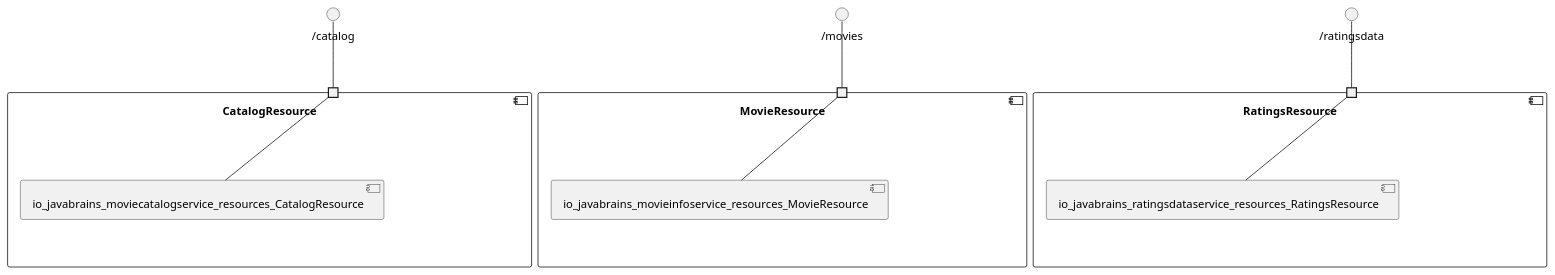
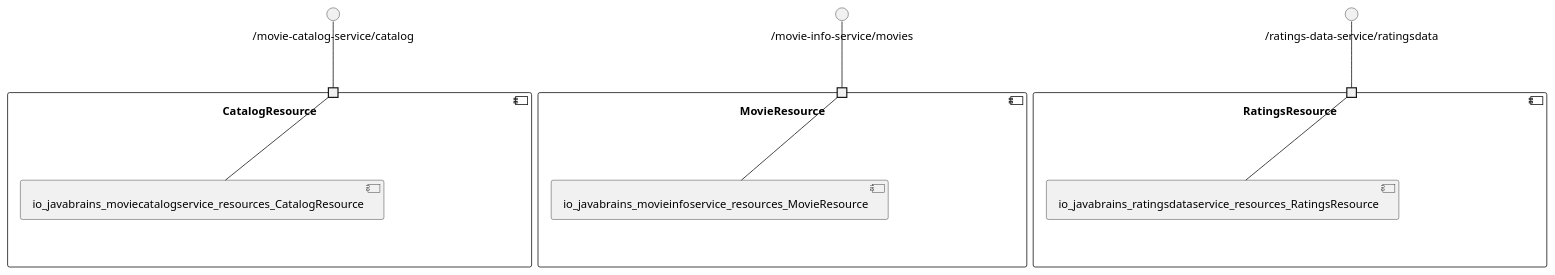
One commit to View-Based-Reverse-Engineering/Retriever-Benchmark changed the diagram in koushikkothagal-workshop/model_re/uml/componentDiagram.puml. Above: the diagram before and after it, drawn with PlantUML. The commit also changed 135 other files, not shown here.

```diff
--- a/koushikkothagal-workshop/model_re/uml/componentDiagram.puml
+++ b/koushikkothagal-workshop/model_re/uml/componentDiagram.puml
@@ -1,25 +1,25 @@
 @startuml
 skinparam fixCircleLabelOverlapping true
 component "CatalogResource\n\n\n\n\n\n" {
 [io_javabrains_moviecatalogservice_resources_CatalogResource]
-portin " " as CatalogResource.requires._catalog
-"CatalogResource.requires._catalog"--[io_javabrains_moviecatalogservice_resources_CatalogResource]
+portin " " as CatalogResource.requires._movie_catalog_service_catalog
+"CatalogResource.requires._movie_catalog_service_catalog"--[io_javabrains_moviecatalogservice_resources_CatalogResource]
 }
-interface "/catalog" as interface._catalog
-interface._catalog--"CatalogResource.requires._catalog"
+interface "/movie-catalog-service/catalog" as interface._movie_catalog_service_catalog
+interface._movie_catalog_service_catalog--"CatalogResource.requires._movie_catalog_service_catalog"
 component "MovieResource\n\n\n\n\n\n" {
 [io_javabrains_movieinfoservice_resources_MovieResource]
-portin " " as MovieResource.requires._movies
-"MovieResource.requires._movies"--[io_javabrains_movieinfoservice_resources_MovieResource]
+portin " " as MovieResource.requires._movie_info_service_movies
+"MovieResource.requires._movie_info_service_movies"--[io_javabrains_movieinfoservice_resources_MovieResource]
 }
-interface "/movies" as interface._movies
-interface._movies--"MovieResource.requires._movies"
+interface "/movie-info-service/movies" as interface._movie_info_service_movies
+interface._movie_info_service_movies--"MovieResource.requires._movie_info_service_movies"
 component "RatingsResource\n\n\n\n\n\n" {
 [io_javabrains_ratingsdataservice_resources_RatingsResource]
-portin " " as RatingsResource.requires._ratingsdata
-"RatingsResource.requires._ratingsdata"--[io_javabrains_ratingsdataservice_resources_RatingsResource]
+portin " " as RatingsResource.requires._ratings_data_service_ratingsdata
+"RatingsResource.requires._ratings_data_service_ratingsdata"--[io_javabrains_ratingsdataservice_resources_RatingsResource]
 }
-interface "/ratingsdata" as interface._ratingsdata
-interface._ratingsdata--"RatingsResource.requires._ratingsdata"
+interface "/ratings-data-service/ratingsdata" as interface._ratings_data_service_ratingsdata
+interface._ratings_data_service_ratingsdata--"RatingsResource.requires._ratings_data_service_ratingsdata"
 
 @enduml
```
